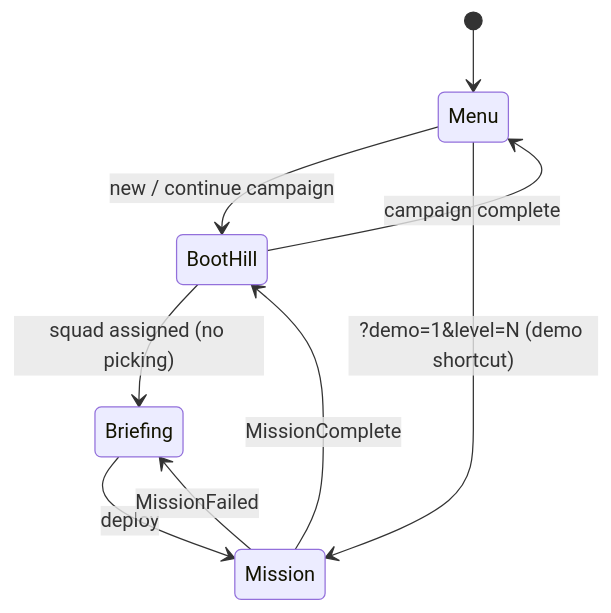
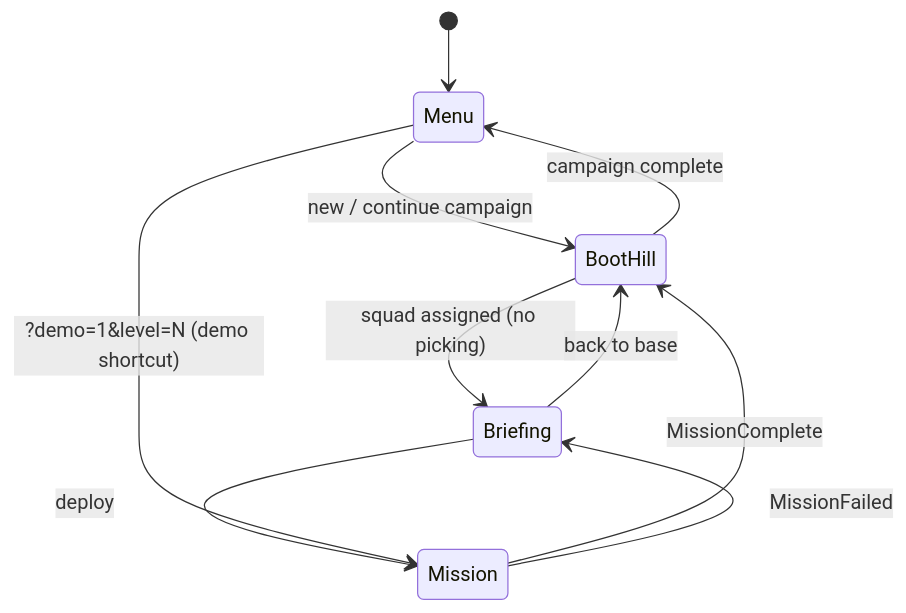
One commit to reynoldskevin/cannon-fodder-clone changed the fourth of 5 diagrams in ARCHITECTURE_DIAGRAM.md. Above: the diagram before and after it, drawn with Mermaid. The commit also changed other lines of this file and 5 other files, not shown here.

First line of the commit message:
feat(059): the Briefing has a way back to Boot Hill

````diff
--- a/ARCHITECTURE_DIAGRAM.md
+++ b/ARCHITECTURE_DIAGRAM.md
@@ -166,11 +166,12 @@
 ```mermaid
 stateDiagram-v2
   [*] --> Menu
   Menu --> BootHill: new / continue campaign
   BootHill --> Briefing: squad assigned (no picking)
   Briefing --> Mission: deploy
   Mission --> BootHill: MissionComplete
   Mission --> Briefing: MissionFailed
   BootHill --> Menu: campaign complete
   Menu --> Mission: ?demo=1&level=N (demo shortcut)
+  Briefing --> BootHill: back to base
 ```
````
